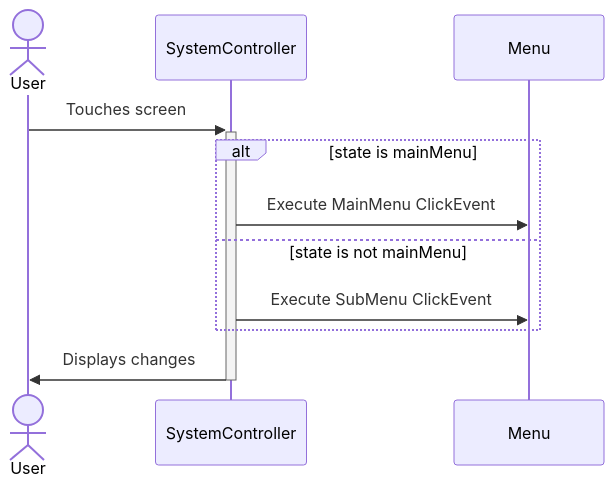
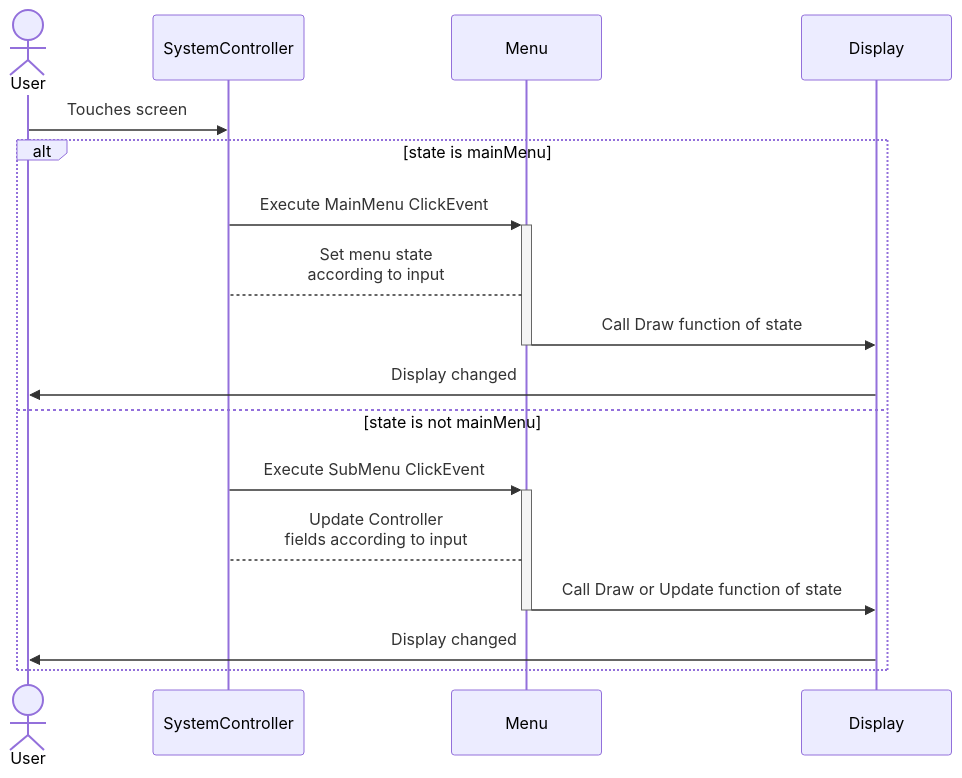
Before and after one commit to Spyro1/SprinkleSystem: the third of 3 diagrams in Documentacion/DEVDOC.md, drawn with Mermaid. The commit also changed other lines of this file and 1 other file, not shown here.

Commit message:
Devdoc: Text spacing, display method commenting and Touch Event diagram

````diff
--- a/Documentacion/DEVDOC.md
+++ b/Documentacion/DEVDOC.md
@@ -530,16 +532,22 @@
 ```mermaid
 sequenceDiagram
     actor User
     participant SystemController
     participant Menu
-    
+    participant Display
+        
 
-    User->>+SystemController: Touches screen
+    User->>SystemController: Touches screen
     alt state is mainMenu
-        SystemController->>Menu: Execute MainMenu ClickEvent
+        SystemController->>+Menu: Execute MainMenu ClickEvent
+      Menu-->SystemController: Set menu state<br>according to input
+        Menu->>-Display: Call Draw function of state
+      Display->>User: Display changed
     else state is not mainMenu
-        SystemController->>Menu: Execute SubMenu ClickEvent
-    end    
-    SystemController->>-User: Displays changes
+        SystemController->>+Menu: Execute SubMenu ClickEvent
+        Menu-->SystemController: Update Controller<br>fields according to input 
+        Menu->>-Display: Call Draw or Update function of state
+        Display->>User: Display changed
+    end
 
 ```
````
